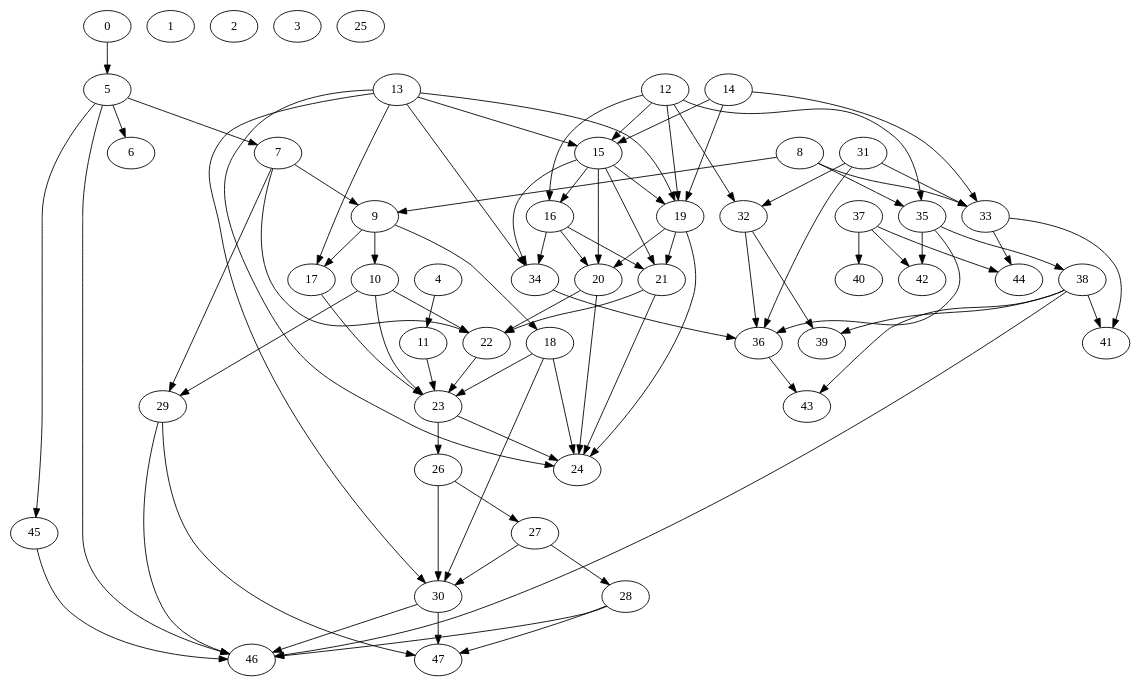
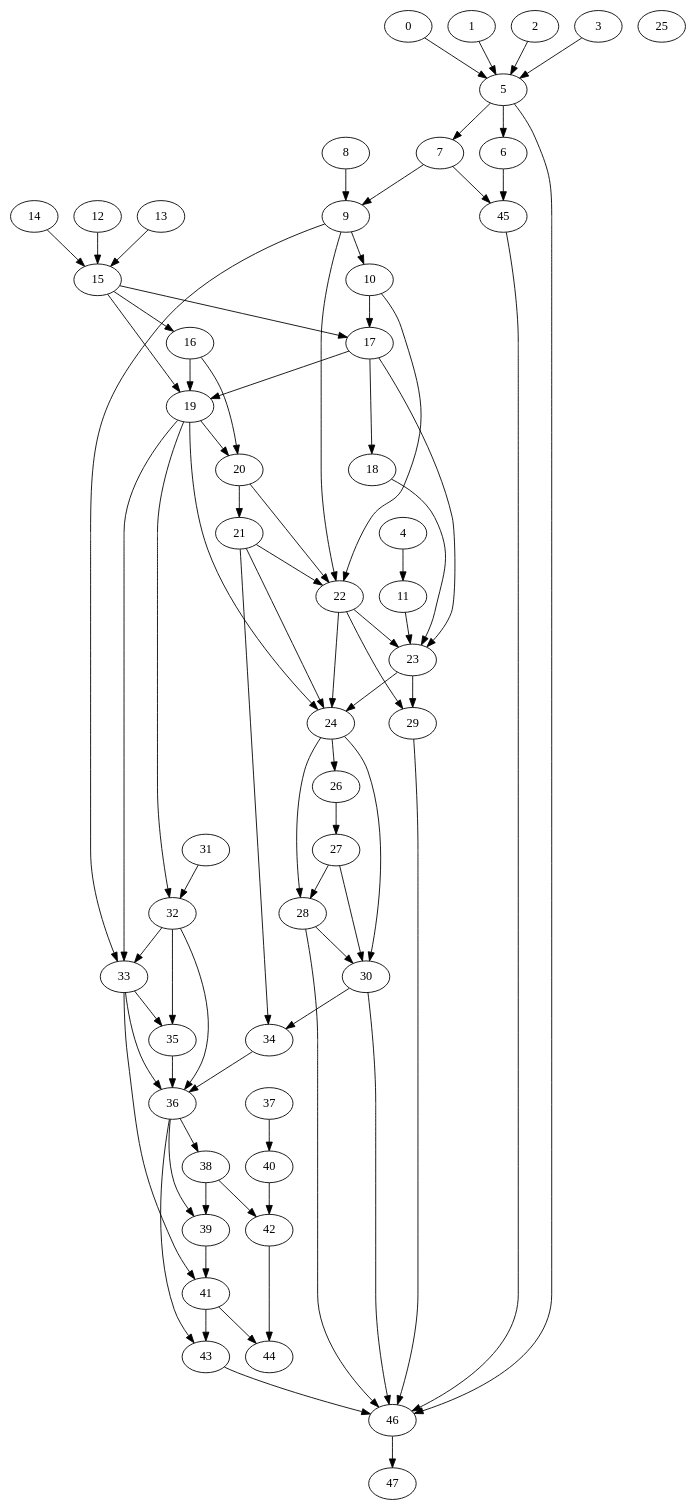
One commit to clarkfitzg/phd_research changed the diagram in codedepends/traffic/traffic.dot. Above: the diagram before and after it, drawn with Graphviz. The commit also changed 3 other files, not shown here.

```diff
--- a/codedepends/traffic/traffic.dot
+++ b/codedepends/traffic/traffic.dot
@@ -1,137 +1,130 @@
 /* Created by igraph @VERSION@ */
 digraph {
   0;
   1;
   2;
   3;
   4;
   5;
   6;
   7;
   8;
   9;
   10;
   11;
   12;
   13;
   14;
   15;
   16;
   17;
   18;
   19;
   20;
   21;
   22;
   23;
   24;
   25;
   26;
   27;
   28;
   29;
   30;
   31;
   32;
   33;
   34;
   35;
   36;
   37;
   38;
   39;
   40;
   41;
   42;
   43;
   44;
   45;
   46;
   47;
 
   0 -> 5;
+  1 -> 5;
+  2 -> 5;
+  3 -> 5;
   4 -> 11;
   5 -> 6;
   5 -> 7;
-  5 -> 45;
   5 -> 46;
+  6 -> 45;
   7 -> 9;
-  7 -> 22;
-  7 -> 29;
+  7 -> 45;
   8 -> 9;
-  8 -> 33;
-  8 -> 35;
   9 -> 10;
-  9 -> 17;
-  9 -> 18;
+  9 -> 22;
+  9 -> 33;
+  10 -> 17;
   10 -> 22;
-  10 -> 23;
-  10 -> 29;
   11 -> 23;
   12 -> 15;
-  12 -> 16;
-  12 -> 19;
-  12 -> 32;
-  12 -> 35;
   13 -> 15;
-  13 -> 17;
-  13 -> 19;
-  13 -> 24;
-  13 -> 30;
-  13 -> 34;
   14 -> 15;
-  14 -> 19;
-  14 -> 33;
   15 -> 16;
+  15 -> 17;
   15 -> 19;
-  15 -> 20;
-  15 -> 21;
-  15 -> 34;
+  16 -> 19;
   16 -> 20;
-  16 -> 21;
-  16 -> 34;
+  17 -> 18;
+  17 -> 19;
   17 -> 23;
   18 -> 23;
-  18 -> 24;
-  18 -> 30;
   19 -> 20;
-  19 -> 21;
   19 -> 24;
+  19 -> 32;
+  19 -> 33;
+  20 -> 21;
   20 -> 22;
-  20 -> 24;
   21 -> 22;
   21 -> 24;
+  21 -> 34;
   22 -> 23;
+  22 -> 24;
+  22 -> 29;
   23 -> 24;
-  23 -> 26;
+  23 -> 29;
+  24 -> 26;
+  24 -> 28;
+  24 -> 30;
   26 -> 27;
-  26 -> 30;
   27 -> 28;
   27 -> 30;
+  28 -> 30;
   28 -> 46;
-  28 -> 47;
   29 -> 46;
-  29 -> 47;
+  30 -> 34;
   30 -> 46;
-  30 -> 47;
   31 -> 32;
-  31 -> 33;
-  31 -> 36;
+  32 -> 33;
+  32 -> 35;
   32 -> 36;
-  32 -> 39;
+  33 -> 35;
+  33 -> 36;
   33 -> 41;
-  33 -> 44;
   34 -> 36;
   35 -> 36;
-  35 -> 38;
-  35 -> 42;
+  36 -> 38;
+  36 -> 39;
   36 -> 43;
   37 -> 40;
-  37 -> 42;
-  37 -> 44;
   38 -> 39;
-  38 -> 41;
-  38 -> 43;
-  38 -> 46;
+  38 -> 42;
+  39 -> 41;
+  40 -> 42;
+  41 -> 43;
+  41 -> 44;
+  42 -> 44;
+  43 -> 46;
   45 -> 46;
+  46 -> 47;
 }
```
